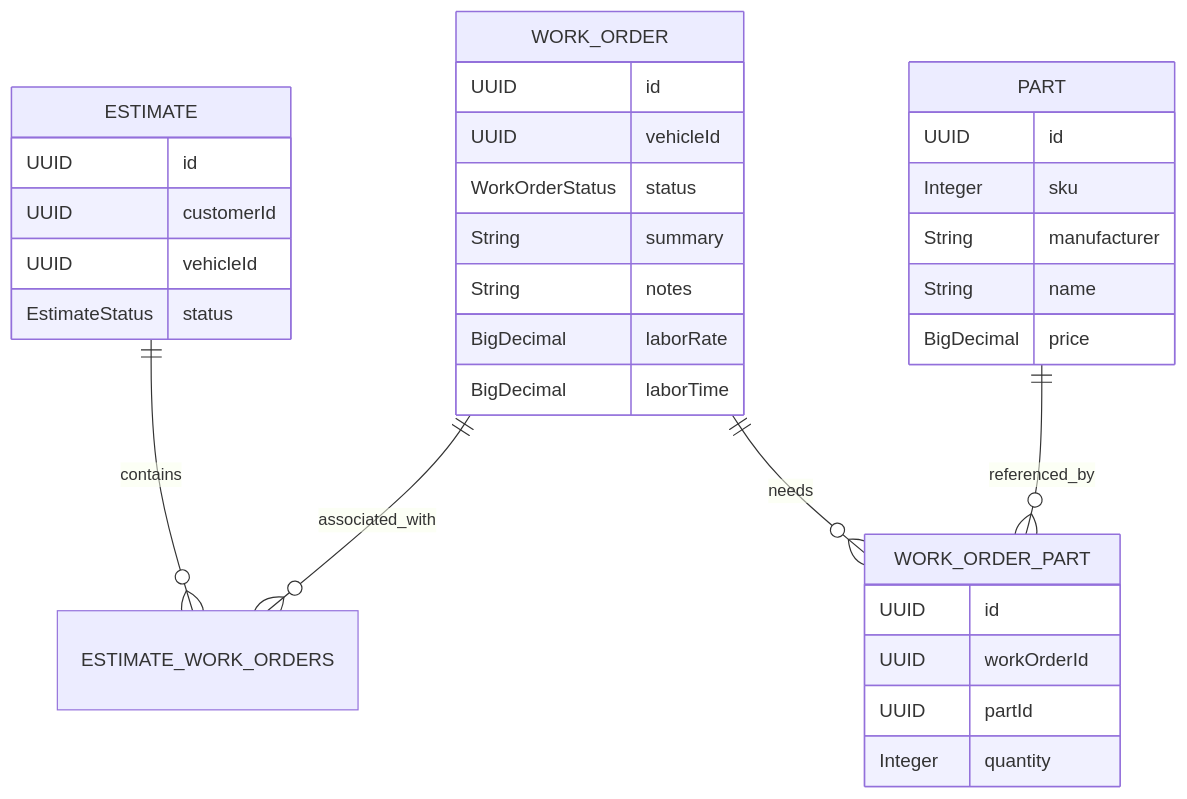
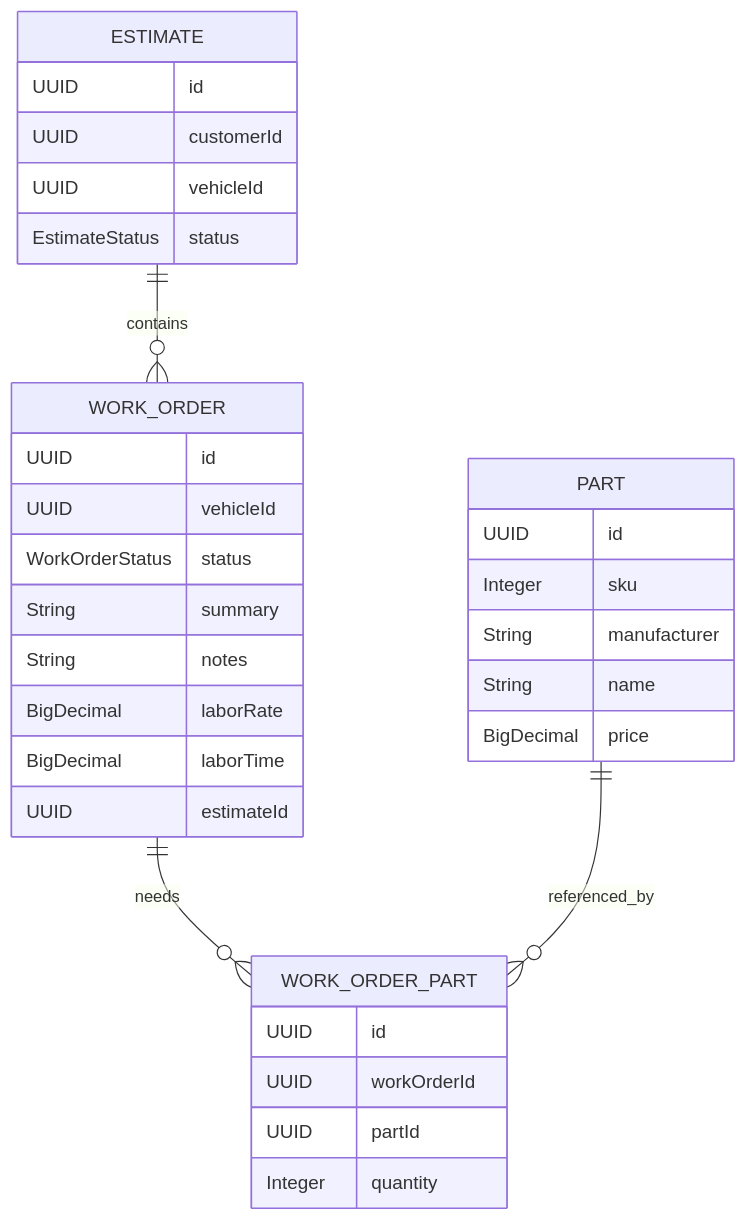
One commit to Tekmetric/interview changed the first of 4 diagrams in backend/README.md. Above: the diagram before and after it, drawn with Mermaid. The commit also changed other lines of this file and 17 other files, not shown here.

````diff
--- a/backend/README.md
+++ b/backend/README.md
@@ -139,39 +106,38 @@
 ```mermaid
 erDiagram
-    ESTIMATE ||--o{ ESTIMATE_WORK_ORDERS : contains
-    WORK_ORDER ||--o{ ESTIMATE_WORK_ORDERS : associated_with
+    ESTIMATE ||--o{ WORK_ORDER : contains
     WORK_ORDER ||--o{ WORK_ORDER_PART : needs
     PART ||--o{ WORK_ORDER_PART : referenced_by
 
     ESTIMATE {
       UUID id
       UUID customerId
       UUID vehicleId
       EstimateStatus status
     }
 
     WORK_ORDER {
       UUID id
       UUID vehicleId
       WorkOrderStatus status
       String summary
       String notes
       BigDecimal laborRate
       BigDecimal laborTime
+      UUID estimateId
     }
 
     PART {
       UUID id
       Integer sku
       String manufacturer
       String name
       BigDecimal price
     }
-
     WORK_ORDER_PART {
       UUID id
       UUID workOrderId
       UUID partId
       Integer quantity
     }
 ```
````
